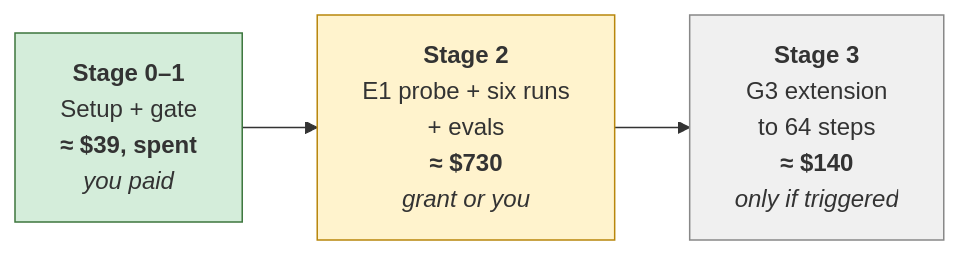
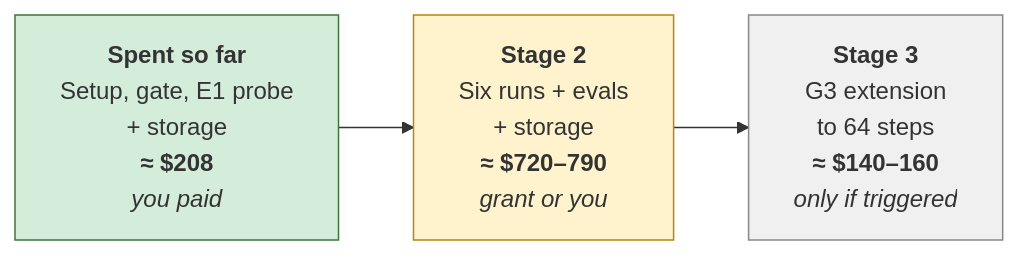
Before and after one commit to ShubsDS/reward-hacks: the second of 2 diagrams in experimental-direction/03-timeline-and-budget.md, drawn with Mermaid. The commit also changed other lines of this file, not shown here.

Commit message:
Add billed storage and pruning to the timeline and budget

````diff
--- a/experimental-direction/03-timeline-and-budget.md
+++ b/experimental-direction/03-timeline-and-budget.md
@@ -126,7 +136,7 @@
 ```mermaid
 flowchart LR
-    A["<b>Stage 0–1</b><br/>Setup + gate<br/><b>≈ $39, spent</b><br/><i>you paid</i>"] --> B["<b>Stage 2</b><br/>E1 probe + six runs<br/>+ evals<br/><b>≈ $730</b><br/><i>grant or you</i>"] --> C["<b>Stage 3</b><br/>G3 extension<br/>to 64 steps<br/><b>≈ $140</b><br/><i>only if triggered</i>"]
+    A["<b>Spent so far</b><br/>Setup, gate, E1 probe<br/>+ storage<br/><b>≈ $208</b><br/><i>you paid</i>"] --> B["<b>Stage 2</b><br/>Six runs + evals<br/>+ storage<br/><b>≈ $720–790</b><br/><i>grant or you</i>"] --> C["<b>Stage 3</b><br/>G3 extension<br/>to 64 steps<br/><b>≈ $140–160</b><br/><i>only if triggered</i>"]
     style A fill:#d4edda,stroke:#3c763d
     style B fill:#fff3cd,stroke:#b8860b
     style C fill:#f0f0f0,stroke:#888
 ```
````
